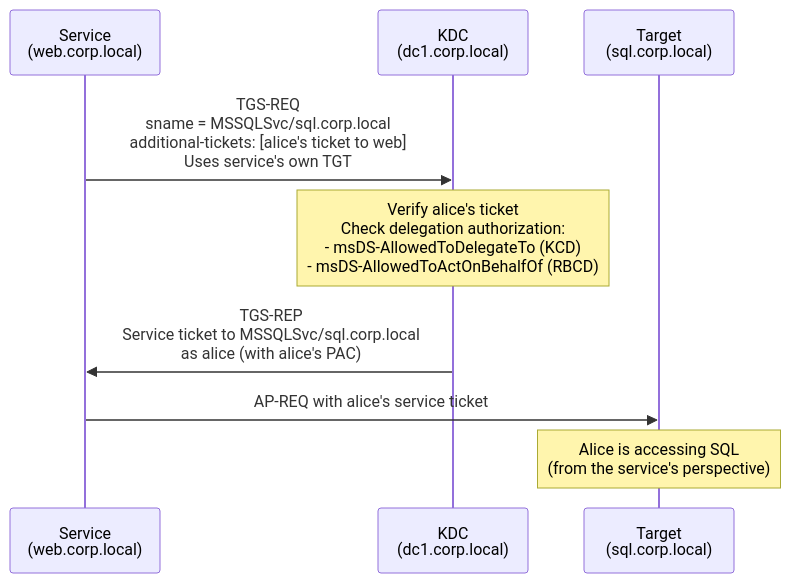
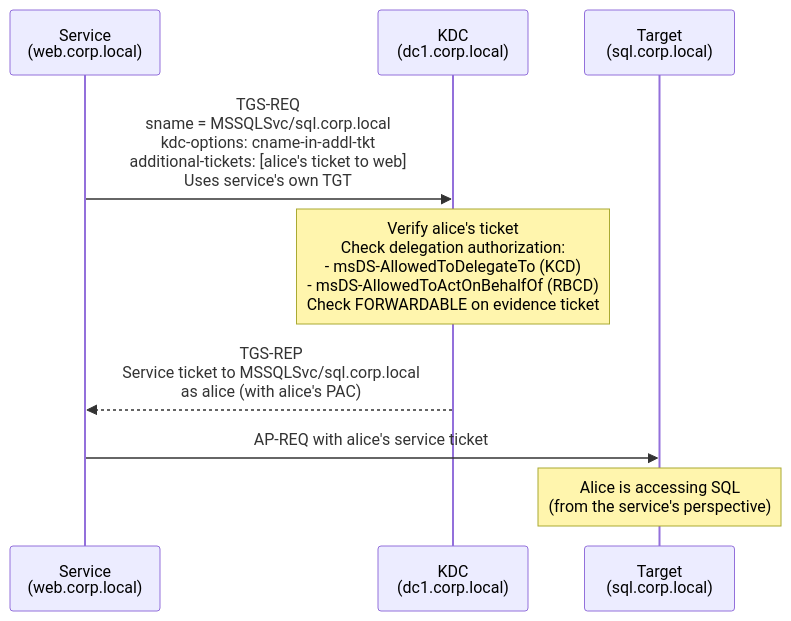
One commit to StrongWind1/Kerberos changed the second of 3 diagrams in content/protocol/s4u.md. Above: the diagram before and after it, drawn with Mermaid. The commit also changed other lines of this file and 117 other files, not shown here.

````diff
--- a/content/protocol/s4u.md
+++ b/content/protocol/s4u.md
@@ -111,13 +165,13 @@
 ```mermaid
 sequenceDiagram
     participant S as Service<br/>(web.corp.local)
     participant K as KDC<br/>(dc1.corp.local)
     participant T as Target<br/>(sql.corp.local)
 
-    S->>K: TGS-REQ<br/>sname = MSSQLSvc/sql.corp.local<br/>additional-tickets: [alice's ticket to web]<br/>Uses service's own TGT
-    Note over K: Verify alice's ticket<br/>Check delegation authorization:<br/>- msDS-AllowedToDelegateTo (KCD)<br/>- msDS-AllowedToActOnBehalfOf (RBCD)
-    K->>S: TGS-REP<br/>Service ticket to MSSQLSvc/sql.corp.local<br/>as alice (with alice's PAC)
+    S->>K: TGS-REQ<br/>sname = MSSQLSvc/sql.corp.local<br/>kdc-options: cname-in-addl-tkt<br/>additional-tickets: [alice's ticket to web]<br/>Uses service's own TGT
+    Note over K: Verify alice's ticket<br/>Check delegation authorization:<br/>- msDS-AllowedToDelegateTo (KCD)<br/>- msDS-AllowedToActOnBehalfOf (RBCD)<br/>Check FORWARDABLE on evidence ticket
+    K-->>S: TGS-REP<br/>Service ticket to MSSQLSvc/sql.corp.local<br/>as alice (with alice's PAC)
 
     S->>T: AP-REQ with alice's service ticket
     Note over T: Alice is accessing SQL<br/>(from the service's perspective)
 ```
````
